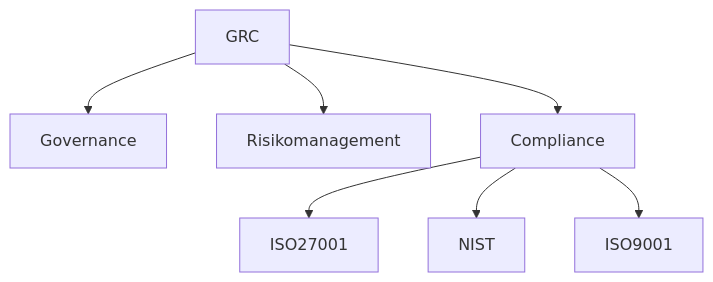
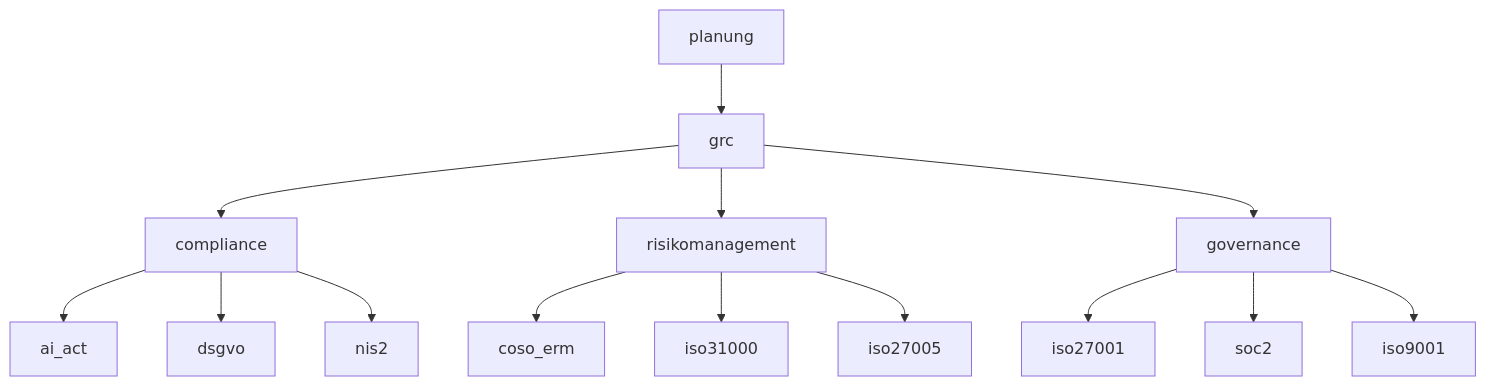
Before and after one commit to secureIO-GmbH/sichere-entwicklung: the diagram in pages/planung/index.md, drawn with Mermaid. The commit also changed 8 other files, not shown here.

Commit message:
update mermaid graphs in different index files

```diff
--- a/pages/planung/index.md
+++ b/pages/planung/index.md
@@ -25,14 +25,43 @@
 <div class="mermaid">
-    graph TD
-    GRC[GRC] --> Governance[Governance]
-    GRC --> Risikomanagement[Risikomanagement]
-    GRC --> Compliance[Compliance]
-    Compliance --> ISO27001[ISO27001]
-    Compliance --> NIST[NIST]
-    Compliance --> ISO9001[ISO9001]
-
-    click GRC "grc"
-    click Governance "grc/governance"
-    click Risikomanagement "grc/risikomanagement"
-    click Compliance "grc/compliance"
+graph TD
+planung --> grc[grc]
+click grc "grc"
+planung[planung]
+grc --> compliance[compliance]
+click compliance "compliance"
+grc --> risikomanagement[risikomanagement]
+click risikomanagement "risikomanagement"
+grc --> governance[governance]
+click governance "governance"
+grc[grc]
+compliance --> ai_act[ai_act]
+click ai_act "ai_act"
+compliance --> dsgvo[dsgvo]
+click dsgvo "dsgvo"
+compliance --> nis2[nis2]
+click nis2 "nis2"
+compliance[compliance]
+ai_act[ai_act]
+dsgvo[dsgvo]
+nis2[nis2]
+risikomanagement --> coso_erm[coso_erm]
+click coso_erm "coso_erm"
+risikomanagement --> iso31000[iso31000]
+click iso31000 "iso31000"
+risikomanagement --> iso27005[iso27005]
+click iso27005 "iso27005"
+risikomanagement[risikomanagement]
+coso_erm[coso_erm]
+iso31000[iso31000]
+iso27005[iso27005]
+governance --> iso27001[iso27001]
+click iso27001 "iso27001"
+governance --> soc2[soc2]
+click soc2 "soc2"
+governance --> iso9001[iso9001]
+click iso9001 "iso9001"
+governance[governance]
+iso27001[iso27001]
+soc2[soc2]
+iso9001[iso9001]
 </div>
```
